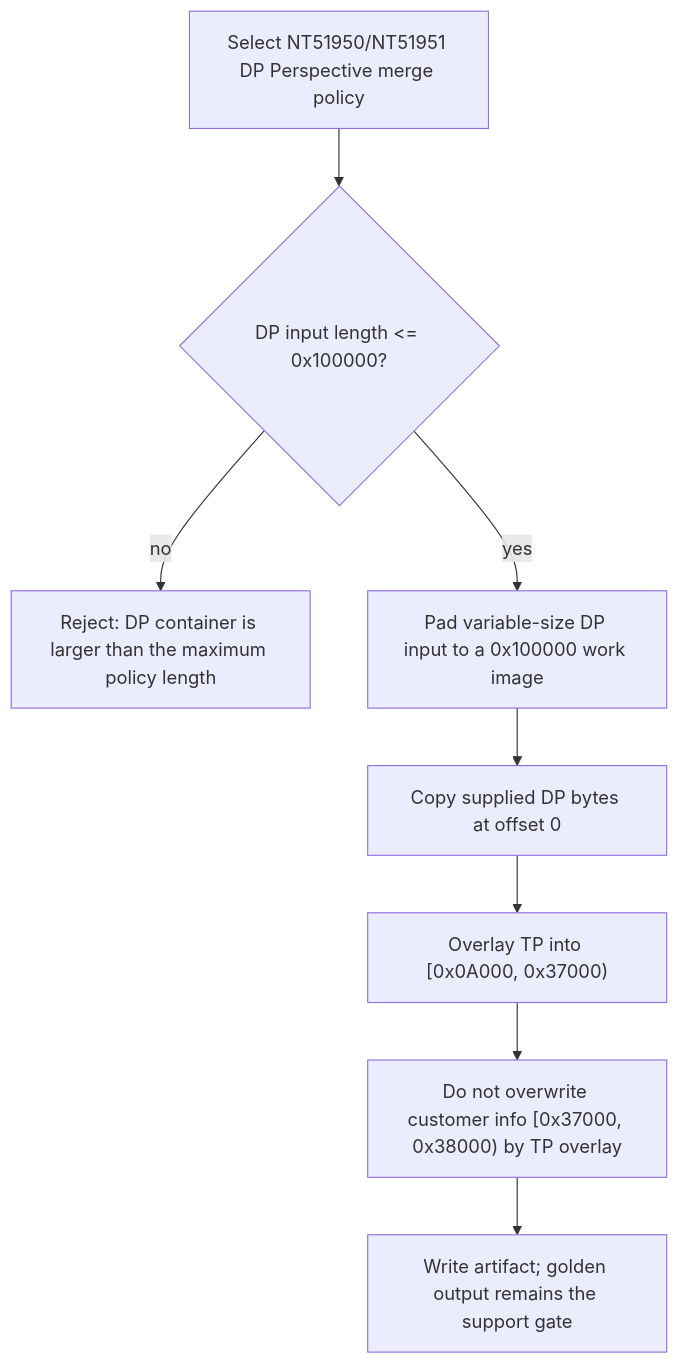
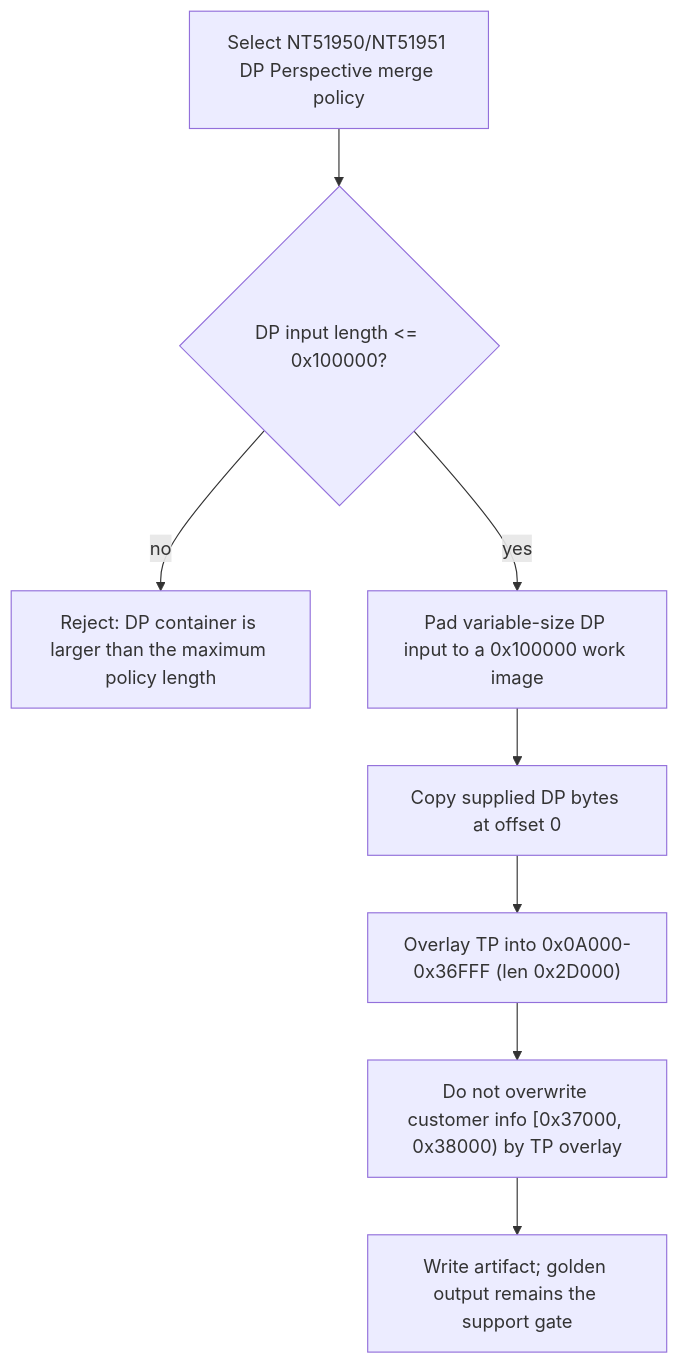
The fourth of 12 diagrams in docs/architecture/ic-workflow-flowcharts.md (Dennis40816/nvt_fw_combiner), drawn with Mermaid before and after one commit. The commit also changed other lines of this file and 23 other files, not shown here.

````diff
--- a/docs/architecture/ic-workflow-flowcharts.md
+++ b/docs/architecture/ic-workflow-flowcharts.md
@@ -107,10 +107,10 @@
 ```mermaid
 flowchart TD
     A["Select NT51950/NT51951 DP Perspective merge policy"] --> B{"DP input length <= 0x100000?"}
     B -- "no" --> C["Reject: DP container is larger than the maximum policy length"]
     B -- "yes" --> D["Pad variable-size DP input to a 0x100000 work image"]
     D --> E["Copy supplied DP bytes at offset 0"]
-    E --> F["Overlay TP into [0x0A000, 0x37000)"]
+    E --> F["Overlay TP into 0x0A000-0x36FFF (len 0x2D000)"]
     F --> G["Do not overwrite customer info [0x37000, 0x38000) by TP overlay"]
     G --> H["Write artifact; golden output remains the support gate"]
 ```
````
